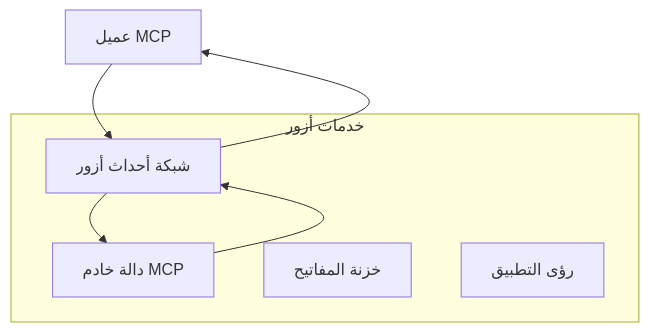
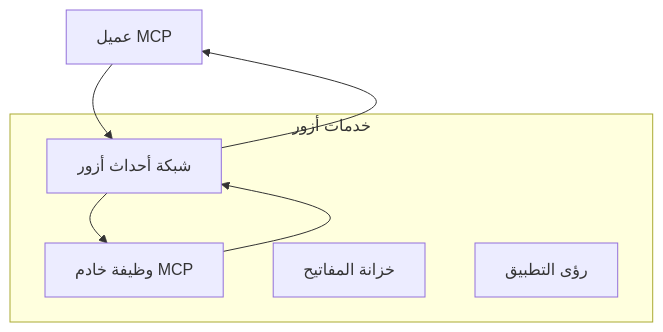
Before and after one commit to HIDORAKAI002/ai-workspace-archive: the first of 2 diagrams in mcp_ecosystem__model_context_protocol/mcp_learning_resources/mcp-for-beginners/translations/ar/05-AdvancedTopics/mcp-transport/README.md, drawn with Mermaid. The commit also changed other lines of this file and 1539 other files, not shown here.

````diff
--- a/mcp_ecosystem__model_context_protocol/mcp_learning_resources/mcp-for-beginners/translations/ar/05-AdvancedTopics/mcp-transport/README.md
+++ b/mcp_ecosystem__model_context_protocol/mcp_learning_resources/mcp-for-beginners/translations/ar/05-AdvancedTopics/mcp-transport/README.md
@@ -58,14 +58,14 @@
 ```mermaid
 graph TB
     Client[عميل MCP] --> EG[شبكة أحداث أزور]
-    EG --> Server[دالة خادم MCP]
+    EG --> Server[وظيفة خادم MCP]
     Server --> EG
     EG --> Client
     
     subgraph "خدمات أزور"
         EG
         Server
-        KV[خزنة المفاتيح]
+        KV[خزانة المفاتيح]
         Monitor[رؤى التطبيق]
     end
 ```
````
